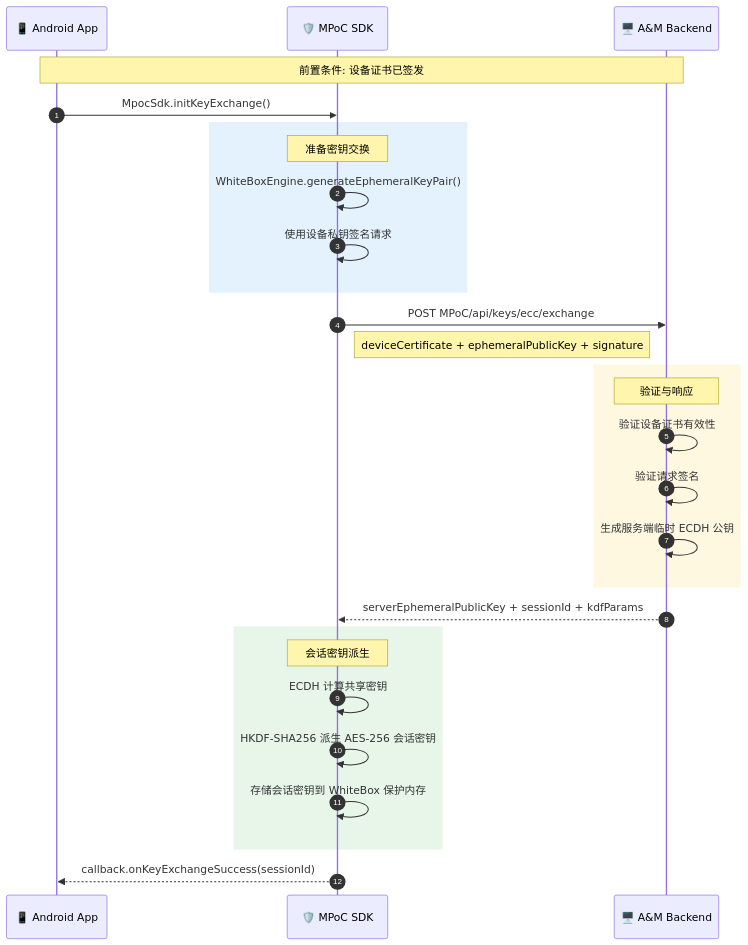
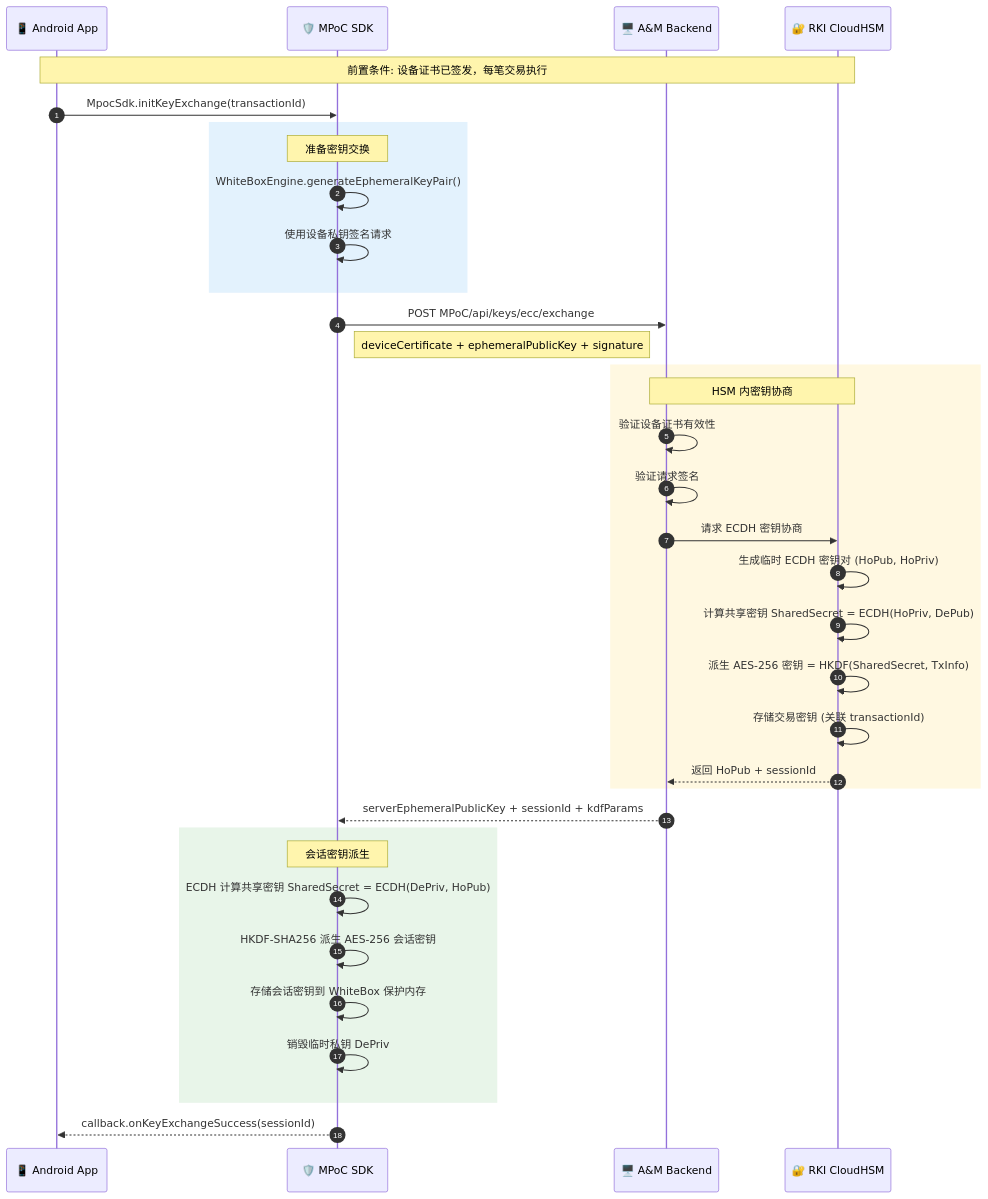
One commit to kevinwangl/sunbay-softpos-docs changed diagram 11 of 21 in solution/MPOC_SDK_API_GUIDE.md. Above: the diagram before and after it, drawn with Mermaid. The commit also changed other lines of this file, not shown here.

````diff
--- a/solution/MPOC_SDK_API_GUIDE.md
+++ b/solution/MPOC_SDK_API_GUIDE.md
@@ -1187,38 +866,45 @@
 ```mermaid
 sequenceDiagram
     autonumber
     participant App as 📱 Android App
     participant SDK as 🛡️ MPoC SDK
     participant Backend as 🖥️ A&M Backend
+    participant HSM as 🔐 RKI CloudHSM
 
-    Note over App,Backend: 前置条件: 设备证书已签发
+    Note over App,HSM: 前置条件: 设备证书已签发，每笔交易执行
     
-    App->>SDK: MpocSdk.initKeyExchange()
+    App->>SDK: MpocSdk.initKeyExchange(transactionId)
     
     rect rgb(227, 242, 253)
         Note over SDK: 准备密钥交换
         SDK->>SDK: WhiteBoxEngine.generateEphemeralKeyPair()
         SDK->>SDK: 使用设备私钥签名请求
     end
     
     SDK->>Backend: POST MPoC/api/keys/ecc/exchange
     Note right of SDK: deviceCertificate + ephemeralPublicKey + signature
     
     rect rgb(255, 248, 225)
-        Note over Backend: 验证与响应
+        Note over Backend,HSM: HSM 内密钥协商
         Backend->>Backend: 验证设备证书有效性
         Backend->>Backend: 验证请求签名
-        Backend->>Backend: 生成服务端临时 ECDH 公钥
+        Backend->>HSM: 请求 ECDH 密钥协商
+        HSM->>HSM: 生成临时 ECDH 密钥对 (HoPub, HoPriv)
+        HSM->>HSM: 计算共享密钥 SharedSecret = ECDH(HoPriv, DePub)
+        HSM->>HSM: 派生 AES-256 密钥 = HKDF(SharedSecret, TxInfo)
+        HSM->>HSM: 存储交易密钥 (关联 transactionId)
+        HSM-->>Backend: 返回 HoPub + sessionId
     end
     
     Backend-->>SDK: serverEphemeralPublicKey + sessionId + kdfParams
     
     rect rgb(232, 245, 233)
         Note over SDK: 会话密钥派生
-        SDK->>SDK: ECDH 计算共享密钥
+        SDK->>SDK: ECDH 计算共享密钥 SharedSecret = ECDH(DePriv, HoPub)
         SDK->>SDK: HKDF-SHA256 派生 AES-256 会话密钥
         SDK->>SDK: 存储会话密钥到 WhiteBox 保护内存
+        SDK->>SDK: 销毁临时私钥 DePriv
     end
     
     SDK-->>App: callback.onKeyExchangeSuccess(sessionId)
 ```
````
